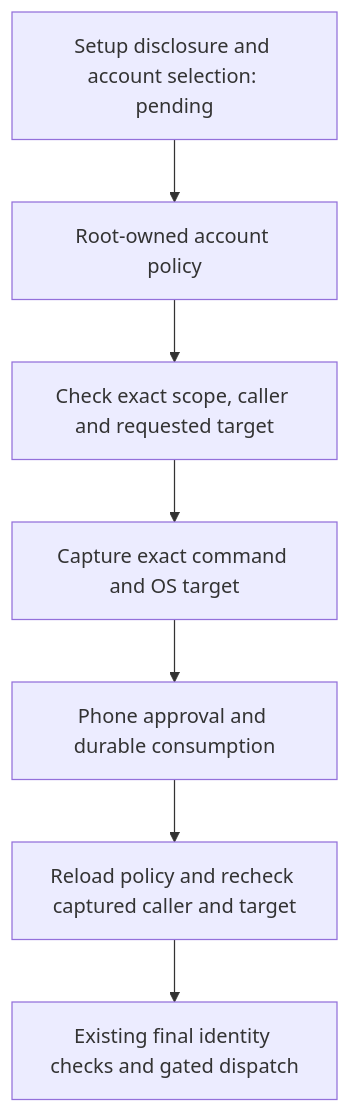
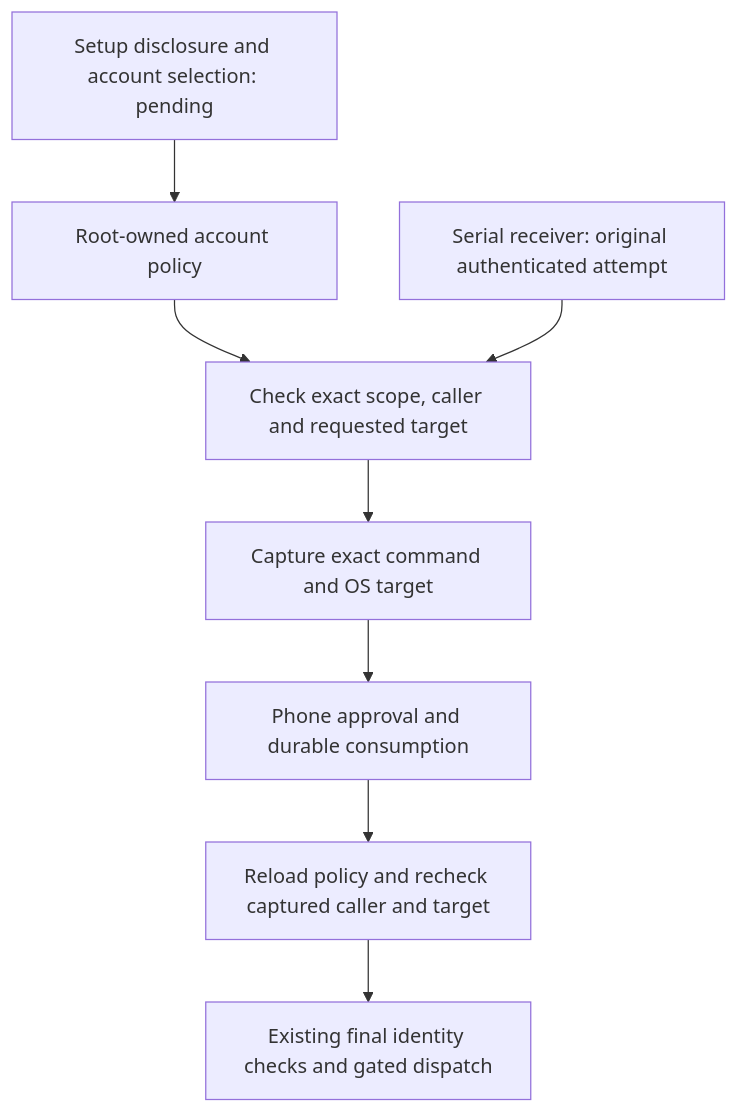
Before and after one commit to fourlastor/remozio: the diagram in docs/macos-command-elevation-policy.md, drawn with Mermaid. The commit also changed other lines of this file and 4 other files, not shown here.

````diff
--- a/docs/macos-command-elevation-policy.md
+++ b/docs/macos-command-elevation-policy.md
@@ -27,9 +27,10 @@
 ```mermaid
 flowchart TD
     S[Setup disclosure and account selection: pending] --> P[Root-owned account policy]
     P --> A[Check exact scope, caller and requested target]
+    Q[Serial receiver: original authenticated attempt] --> A
     A --> C[Capture exact command and OS target]
     C --> B[Phone approval and durable consumption]
     B --> R[Reload policy and recheck captured caller and target]
     R --> E[Existing final identity checks and gated dispatch]
 ```
````
